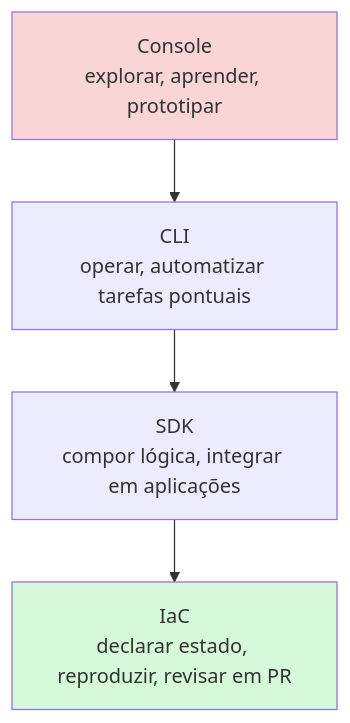
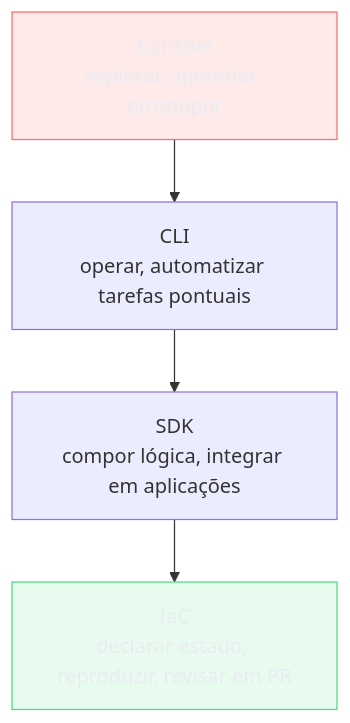
The third of 3 diagrams in 03-Dominios/Tecnologia/Cloud/21 - AWS a fundo/03 - Operar a AWS — console, CLI, SDK e IaC.md (josenaldo/codex-technomanticus), drawn with Mermaid before and after one commit. The commit also changed 1181 other files, not shown here.

First line of the commit message:
fix(diagramas): paleta do sistema no lugar de cor cravada no markdown

````diff
--- a/03-Dominios/Tecnologia/Cloud/21 - AWS a fundo/03 - Operar a AWS — console, CLI, SDK e IaC.md
+++ b/03-Dominios/Tecnologia/Cloud/21 - AWS a fundo/03 - Operar a AWS — console, CLI, SDK e IaC.md
@@ -264,9 +264,11 @@
 ```mermaid
 flowchart TB
+    classDef falha fill:#FF6B6B24,stroke:#FF6B6B,color:#E9ECF2
+    classDef ok fill:#4ADE8021,stroke:#4ADE80,color:#E9ECF2
     A["Console<br/>explorar, aprender, prototipar"] --> B["CLI<br/>operar, automatizar tarefas pontuais"]
     B --> C["SDK<br/>compor lógica, integrar em aplicações"]
     C --> D["IaC<br/>declarar estado, reproduzir, revisar em PR"]
 
-    style A fill:#f9d5d5
-    style D fill:#d5f9d9
+    class A falha
+    class D ok
 ```
````
